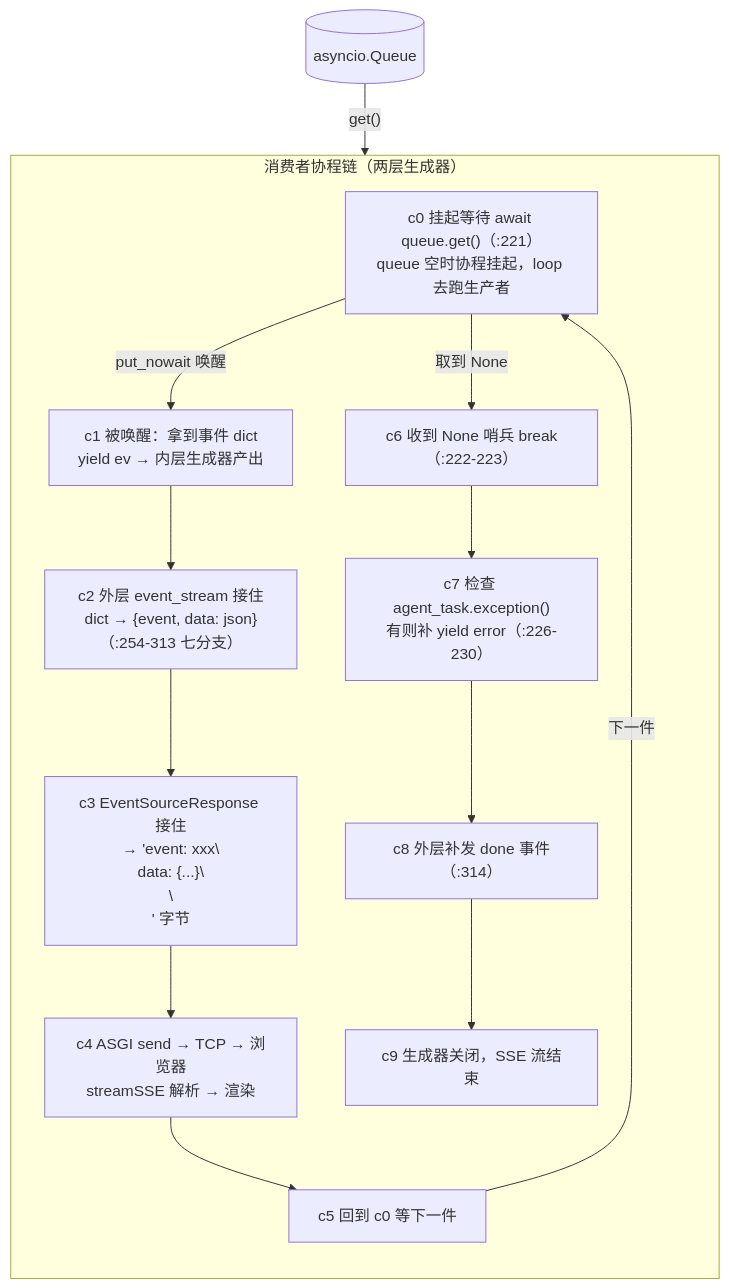
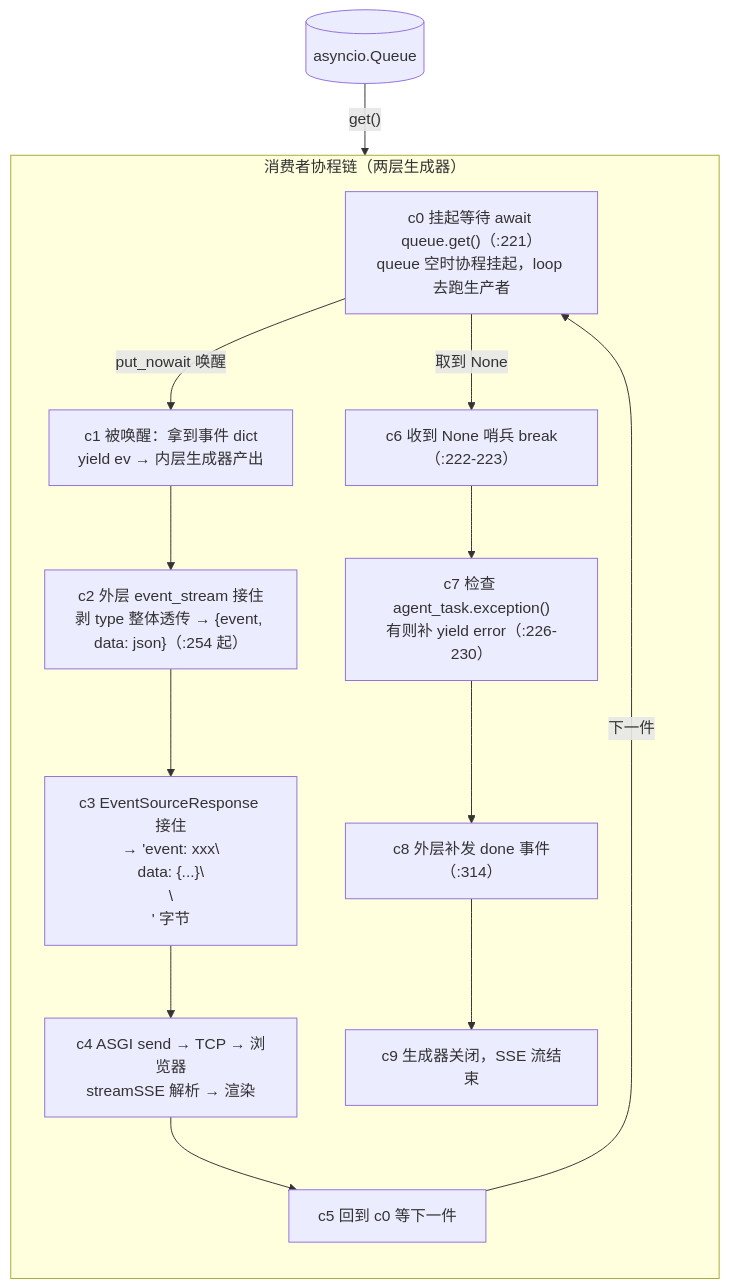
Before and after one commit to zhlhaohao/doclens: the fourth of 5 diagrams in doclens/web_v2/docs/ARCHITECTURE-event-flow.md, drawn with Mermaid. The commit also changed other lines of this file and 38 other files, not shown here.

````diff
--- a/doclens/web_v2/docs/ARCHITECTURE-event-flow.md
+++ b/doclens/web_v2/docs/ARCHITECTURE-event-flow.md
@@ -188,21 +191,21 @@
 ```mermaid
 flowchart TB
     subgraph C["消费者协程链（两层生成器）"]
         direction TB
         C0["c0 挂起等待 await queue.get()（:221）<br/>queue 空时协程挂起，loop 去跑生产者"]
         C1["c1 被唤醒：拿到事件 dict<br/>yield ev → 内层生成器产出"]
-        C2["c2 外层 event_stream 接住<br/>dict → {event, data: json}（:254-313 七分支）"]
+        C2["c2 外层 event_stream 接住<br/>剥 type 整体透传 → {event, data: json}（:254 起）"]
         C3["c3 EventSourceResponse 接住<br/>→ 'event: xxx\\ndata: {...}\\n\\n' 字节"]
         C4["c4 ASGI send → TCP → 浏览器<br/>streamSSE 解析 → 渲染"]
         C5["c5 回到 c0 等下一件"]
         C6["c6 收到 None 哨兵 break（:222-223）"]
         C7["c7 检查 agent_task.exception()<br/>有则补 yield error（:226-230）"]
         C8["c8 外层补发 done 事件（:314）"]
         C9["c9 生成器关闭，SSE 流结束"]
         C0 -->|"put_nowait 唤醒"| C1 --> C2 --> C3 --> C4 --> C5
         C5 -->|"下一件"| C0
         C0 -->|"取到 None"| C6 --> C7 --> C8 --> C9
     end
     Q[("asyncio.Queue")]
     Q -->|"get()"| C0
 ```
````
